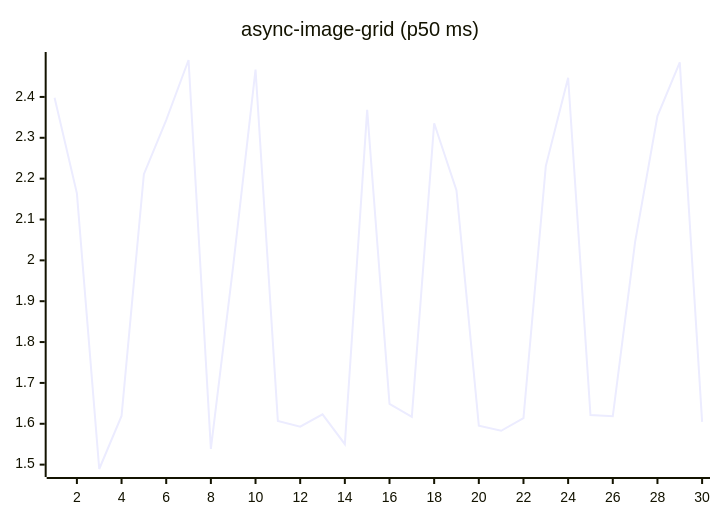
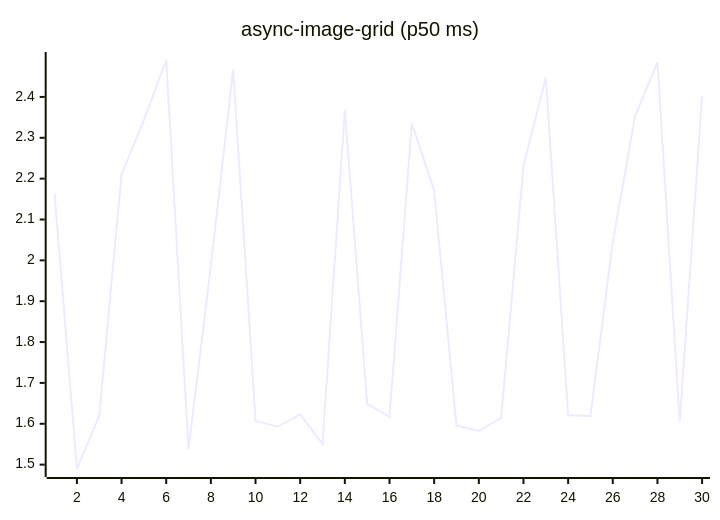
The fifth of 27 diagrams in README.md (josha/Facet), drawn with Mermaid before and after one commit. The commit also changed other lines of this file and 2 other files, not shown here.

````diff
--- a/README.md
+++ b/README.md
@@ -91,6 +91,6 @@
 ```mermaid
 xychart-beta
     title "async-image-grid (p50 ms)"
     x-axis 1 --> 30
-    line [2.3982, 2.1641, 1.4893, 1.6193, 2.2110, 2.3435, 2.4904, 1.5386, 1.9864, 2.4670, 1.6066, 1.5928, 1.6229, 1.5501, 2.3685, 1.6487, 1.6169, 2.3355, 2.1710, 1.5954, 1.5829, 1.6137, 2.2308, 2.4470, 1.6216, 1.6184, 2.0452, 2.3531, 2.4847, 1.6045]
+    line [2.1641, 1.4893, 1.6193, 2.2110, 2.3435, 2.4904, 1.5386, 1.9864, 2.4670, 1.6066, 1.5928, 1.6229, 1.5501, 2.3685, 1.6487, 1.6169, 2.3355, 2.1710, 1.5954, 1.5829, 1.6137, 2.2308, 2.4470, 1.6216, 1.6184, 2.0452, 2.3531, 2.4847, 1.6045, 2.4025]
 ```
````
